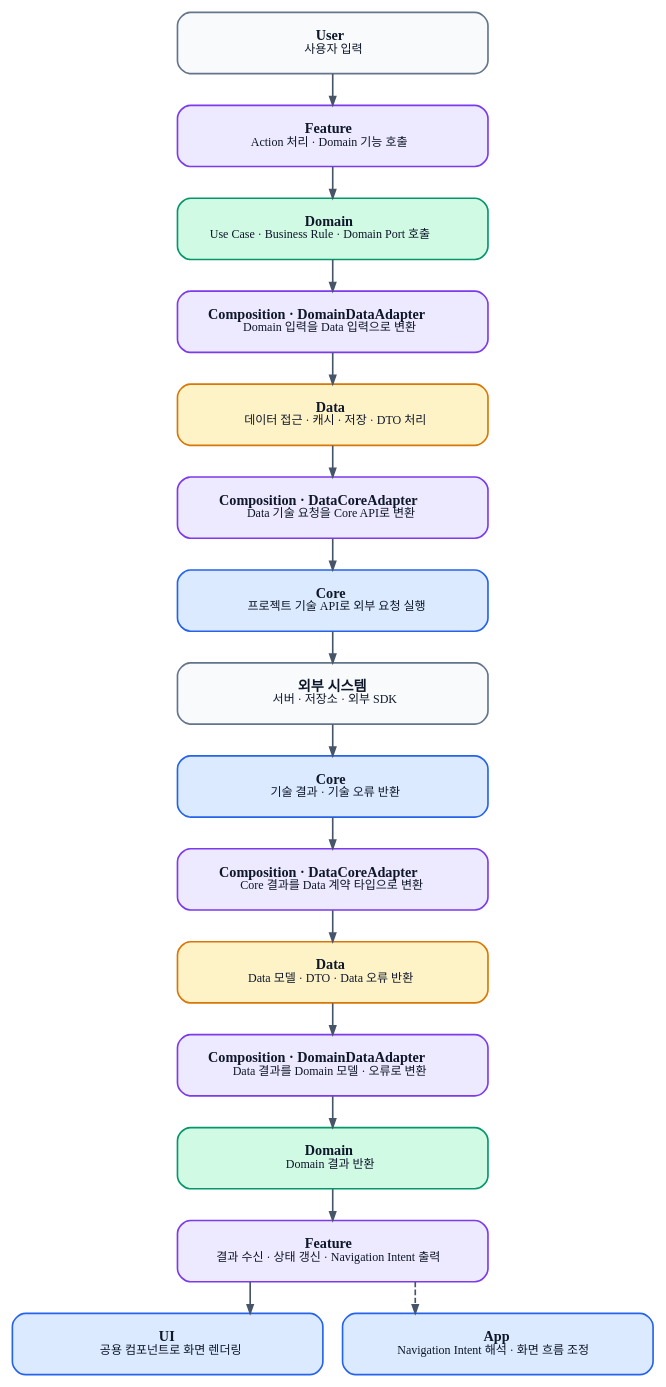
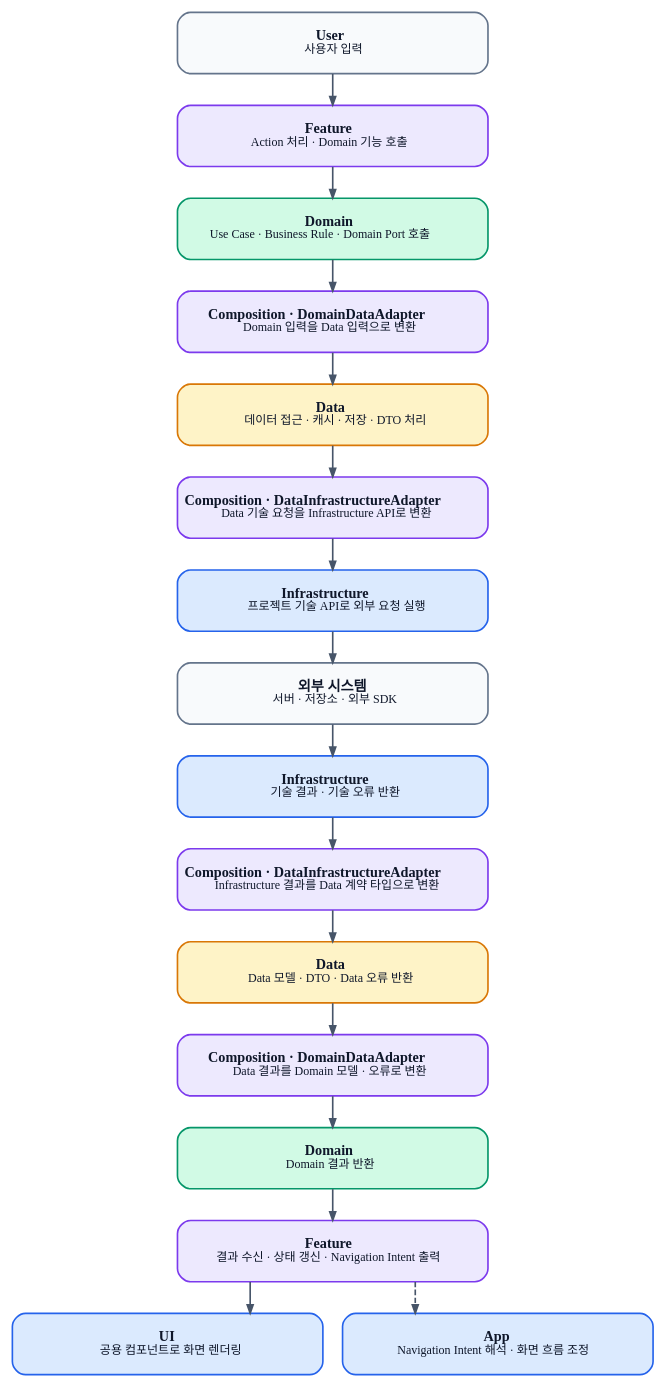
One commit to Nexters/Git-It-iOS changed the diagram in sources/docs/assets/package-control-flow-graph.dot. Above: the diagram before and after it, drawn with Graphviz. The commit also changed 68 other files, not shown here.

```diff
--- a/sources/docs/assets/package-control-flow-graph.dot
+++ b/sources/docs/assets/package-control-flow-graph.dot
@@ -1,45 +1,45 @@
 digraph PackageControlFlowGraph {
     graph [
         rankdir = TB
         splines = ortho
         ranksep = 0.40
         fontname = "Apple SD Gothic Neo"
     ]
 
     node [
         shape = box
         style = "rounded,filled"
         fixedsize = true
         width = 3.95
         height = 0.78
         fontname = "Apple SD Gothic Neo"
         fontsize = 13
         fontcolor = "#0f172a"
         penwidth = 1.5
     ]
 
     edge [color = "#475569", penwidth = 1.5, arrowsize = 0.78]
 
     User             [fillcolor = "#f8fafc", color = "#64748b", label = <<B>User</B><BR/><FONT POINT-SIZE="11">사용자 입력</FONT>>]
     FeatureRequest   [fillcolor = "#ede9fe", color = "#7c3aed", label = <<B>Feature</B><BR/><FONT POINT-SIZE="11">Action 처리 · Domain 기능 호출</FONT>>]
     DomainRequest    [fillcolor = "#d1fae5", color = "#059669", label = <<B>Domain</B><BR/><FONT POINT-SIZE="11">Use Case · Business Rule · Domain Port 호출</FONT>>]
     DomainAdapterReq [fillcolor = "#ede9fe", color = "#7c3aed", label = <<B>Composition · DomainDataAdapter</B><BR/><FONT POINT-SIZE="11">Domain 입력을 Data 입력으로 변환</FONT>>]
     DataRequest      [fillcolor = "#fef3c7", color = "#d97706", label = <<B>Data</B><BR/><FONT POINT-SIZE="11">데이터 접근 · 캐시 · 저장 · DTO 처리</FONT>>]
-    CoreAdapterReq   [fillcolor = "#ede9fe", color = "#7c3aed", label = <<B>Composition · DataCoreAdapter</B><BR/><FONT POINT-SIZE="11">Data 기술 요청을 Core API로 변환</FONT>>]
-    CoreRequest      [fillcolor = "#dbeafe", color = "#2563eb", label = <<B>Core</B><BR/><FONT POINT-SIZE="11">프로젝트 기술 API로 외부 요청 실행</FONT>>]
+    InfrastructureAdapterReq [fillcolor = "#ede9fe", color = "#7c3aed", label = <<B>Composition · DataInfrastructureAdapter</B><BR/><FONT POINT-SIZE="11">Data 기술 요청을 Infrastructure API로 변환</FONT>>]
+    InfrastructureRequest [fillcolor = "#dbeafe", color = "#2563eb", label = <<B>Infrastructure</B><BR/><FONT POINT-SIZE="11">프로젝트 기술 API로 외부 요청 실행</FONT>>]
     External         [fillcolor = "#f8fafc", color = "#64748b", label = <<B>외부 시스템</B><BR/><FONT POINT-SIZE="11">서버 · 저장소 · 외부 SDK</FONT>>]
-    CoreResponse     [fillcolor = "#dbeafe", color = "#2563eb", label = <<B>Core</B><BR/><FONT POINT-SIZE="11">기술 결과 · 기술 오류 반환</FONT>>]
-    CoreAdapterRes   [fillcolor = "#ede9fe", color = "#7c3aed", label = <<B>Composition · DataCoreAdapter</B><BR/><FONT POINT-SIZE="11">Core 결과를 Data 계약 타입으로 변환</FONT>>]
+    InfrastructureResponse [fillcolor = "#dbeafe", color = "#2563eb", label = <<B>Infrastructure</B><BR/><FONT POINT-SIZE="11">기술 결과 · 기술 오류 반환</FONT>>]
+    InfrastructureAdapterRes [fillcolor = "#ede9fe", color = "#7c3aed", label = <<B>Composition · DataInfrastructureAdapter</B><BR/><FONT POINT-SIZE="11">Infrastructure 결과를 Data 계약 타입으로 변환</FONT>>]
     DataResponse     [fillcolor = "#fef3c7", color = "#d97706", label = <<B>Data</B><BR/><FONT POINT-SIZE="11">Data 모델 · DTO · Data 오류 반환</FONT>>]
     DomainAdapterRes [fillcolor = "#ede9fe", color = "#7c3aed", label = <<B>Composition · DomainDataAdapter</B><BR/><FONT POINT-SIZE="11">Data 결과를 Domain 모델 · 오류로 변환</FONT>>]
     DomainResponse   [fillcolor = "#d1fae5", color = "#059669", label = <<B>Domain</B><BR/><FONT POINT-SIZE="11">Domain 결과 반환</FONT>>]
     FeatureResponse  [fillcolor = "#ede9fe", color = "#7c3aed", label = <<B>Feature</B><BR/><FONT POINT-SIZE="11">결과 수신 · 상태 갱신 · Navigation Intent 출력</FONT>>]
     UIRender         [fillcolor = "#dbeafe", color = "#2563eb", label = <<B>UI</B><BR/><FONT POINT-SIZE="11">공용 컴포넌트로 화면 렌더링</FONT>>]
     AppNavigation    [fillcolor = "#dbeafe", color = "#2563eb", label = <<B>App</B><BR/><FONT POINT-SIZE="11">Navigation Intent 해석 · 화면 흐름 조정</FONT>>]
 
     User -> FeatureRequest -> DomainRequest -> DomainAdapterReq -> DataRequest
-        -> CoreAdapterReq -> CoreRequest -> External -> CoreResponse -> CoreAdapterRes
+        -> InfrastructureAdapterReq -> InfrastructureRequest -> External -> InfrastructureResponse -> InfrastructureAdapterRes
         -> DataResponse -> DomainAdapterRes -> DomainResponse -> FeatureResponse -> UIRender
 
     FeatureResponse -> AppNavigation [style = dashed]
 }
```
